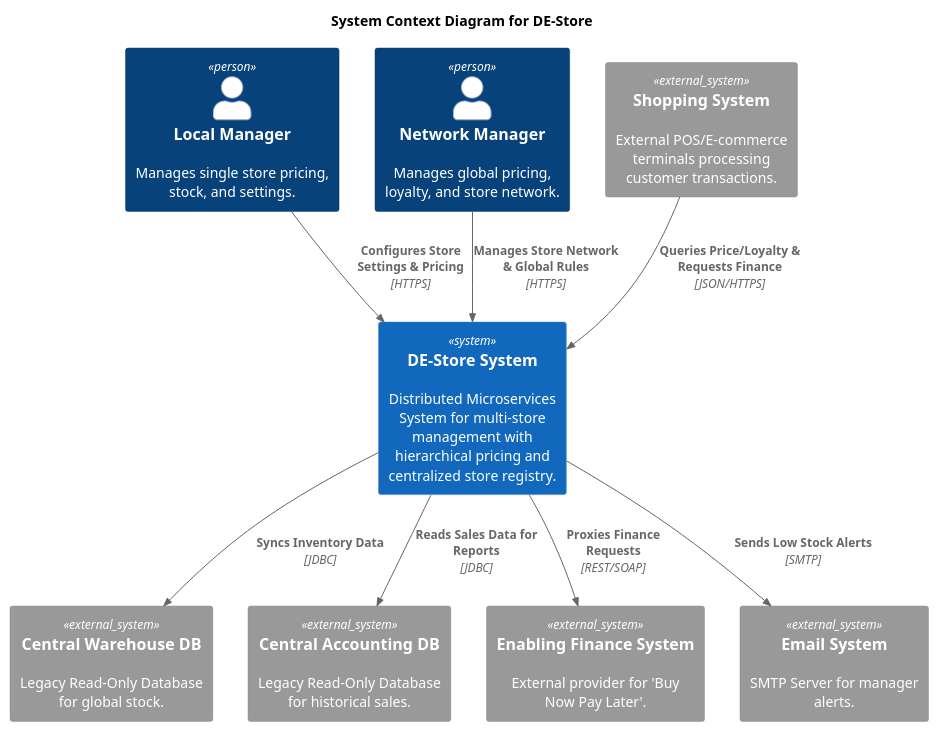
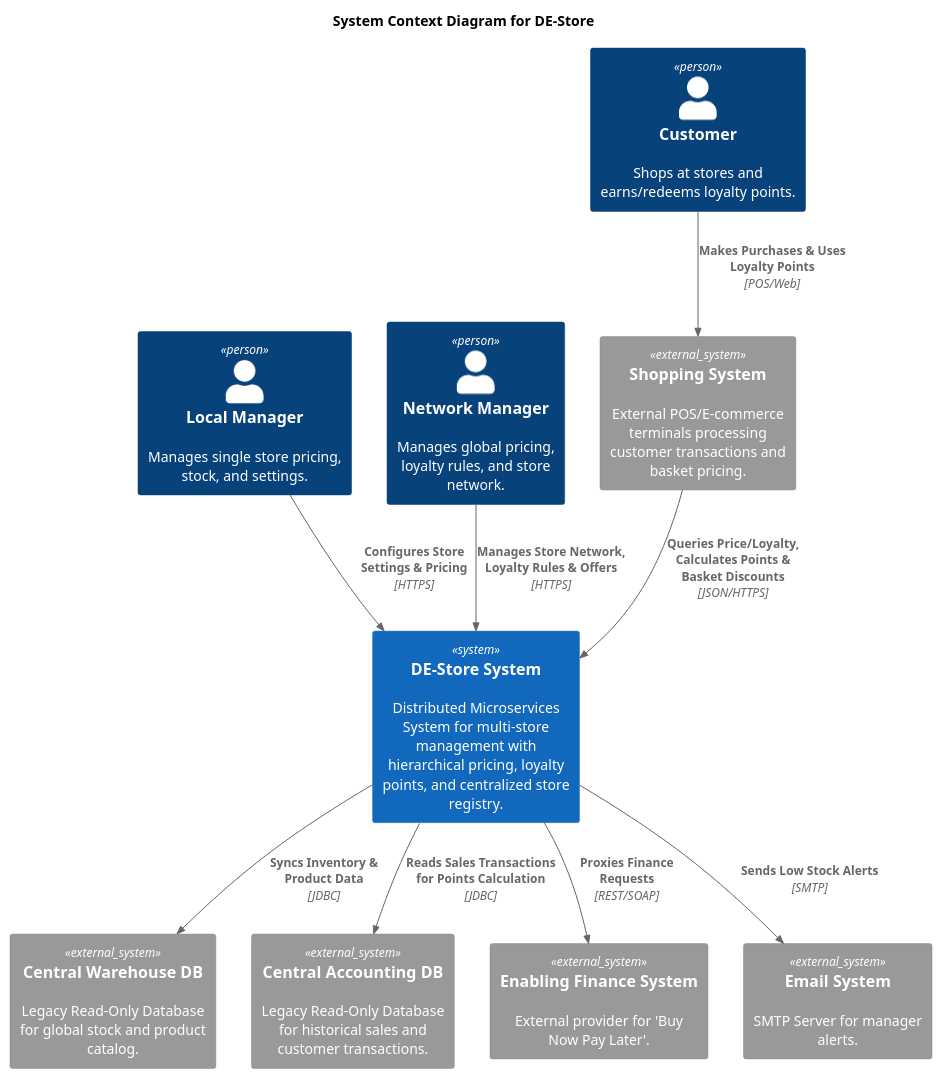
The diagram in Docs/context.puml (Alex180504/DE-store), drawn with PlantUML before and after one commit. The commit also changed 1 other file, not shown here.

Commit message:
Update uml

```diff
--- a/Docs/context.puml
+++ b/Docs/context.puml
@@ -1,33 +1,35 @@
 @startuml
 !include https://raw.githubusercontent.com/plantuml-stdlib/C4-PlantUML/master/C4_Context.puml
 
 title System Context Diagram for DE-Store
 
 ' Personas
 Person(localMgr, "Local Manager", "Manages single store pricing, stock, and settings.")
-Person(netMgr, "Network Manager", "Manages global pricing, loyalty, and store network.")
+Person(netMgr, "Network Manager", "Manages global pricing, loyalty rules, and store network.")
+Person(customer, "Customer", "Shops at stores and earns/redeems loyalty points.")
 
 ' The Core System
-System(deStore, "DE-Store System", "Distributed Microservices System for multi-store management with hierarchical pricing and centralized store registry.")
+System(deStore, "DE-Store System", "Distributed Microservices System for multi-store management with hierarchical pricing, loyalty points, and centralized store registry.")
 
 ' External Systems (The Environment)
-System_Ext(shoppingSys, "Shopping System", "External POS/E-commerce terminals processing customer transactions.")
-System_Ext(warehouseDB, "Central Warehouse DB", "Legacy Read-Only Database for global stock.")
-System_Ext(accountingDB, "Central Accounting DB", "Legacy Read-Only Database for historical sales.")
+System_Ext(shoppingSys, "Shopping System", "External POS/E-commerce terminals processing customer transactions and basket pricing.")
+System_Ext(warehouseDB, "Central Warehouse DB", "Legacy Read-Only Database for global stock and product catalog.")
+System_Ext(accountingDB, "Central Accounting DB", "Legacy Read-Only Database for historical sales and customer transactions.")
 System_Ext(enablingSys, "Enabling Finance System", "External provider for 'Buy Now Pay Later'.")
 System_Ext(email, "Email System", "SMTP Server for manager alerts.")
 
 ' Relationships - Human to System
 Rel(localMgr, deStore, "Configures Store Settings & Pricing", "HTTPS")
-Rel(netMgr, deStore, "Manages Store Network & Global Rules", "HTTPS")
+Rel(netMgr, deStore, "Manages Store Network, Loyalty Rules & Offers", "HTTPS")
+Rel(customer, shoppingSys, "Makes Purchases & Uses Loyalty Points", "POS/Web")
 
 ' Relationships - External Systems to DE-Store
-Rel(shoppingSys, deStore, "Queries Price/Loyalty & Requests Finance", "JSON/HTTPS")
+Rel(shoppingSys, deStore, "Queries Price/Loyalty, Calculates Points & Basket Discounts", "JSON/HTTPS")
 
 ' Relationships - DE-Store to Legacy/External
-Rel(deStore, warehouseDB, "Syncs Inventory Data", "JDBC")
-Rel(deStore, accountingDB, "Reads Sales Data for Reports", "JDBC")
+Rel(deStore, warehouseDB, "Syncs Inventory & Product Data", "JDBC")
+Rel(deStore, accountingDB, "Reads Sales Transactions for Points Calculation", "JDBC")
 Rel(deStore, enablingSys, "Proxies Finance Requests", "REST/SOAP")
 Rel(deStore, email, "Sends Low Stock Alerts", "SMTP")
 
 @enduml
```
